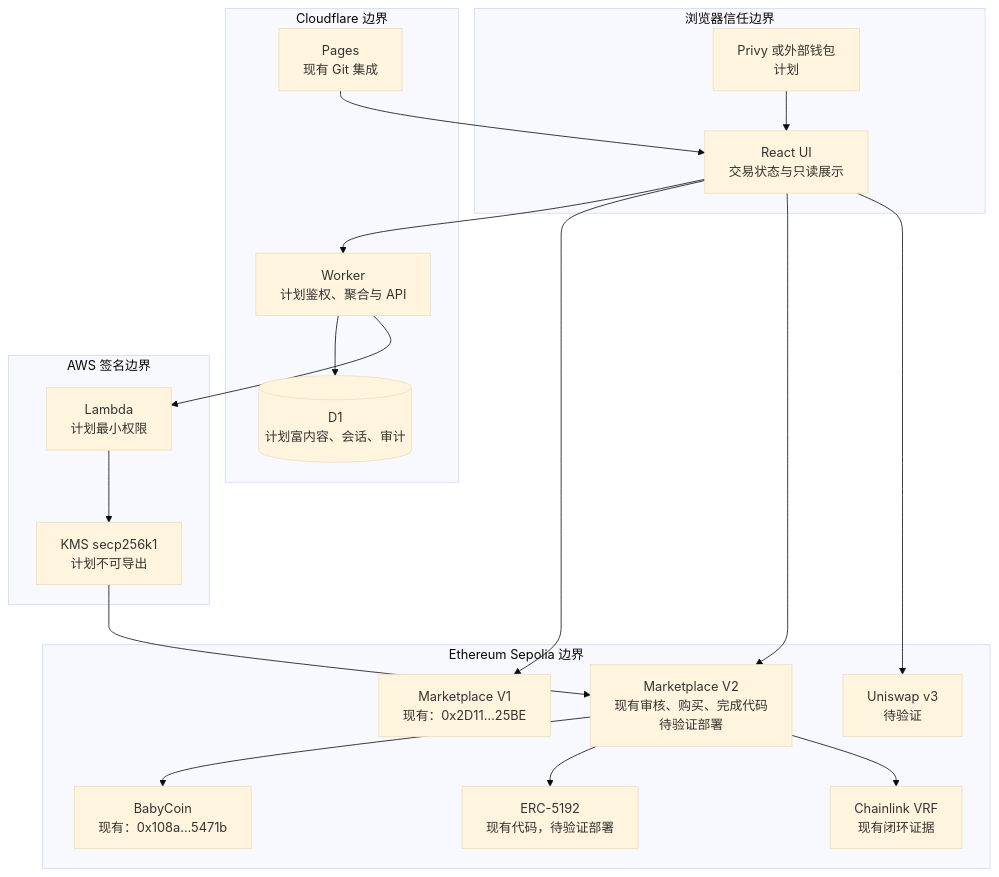
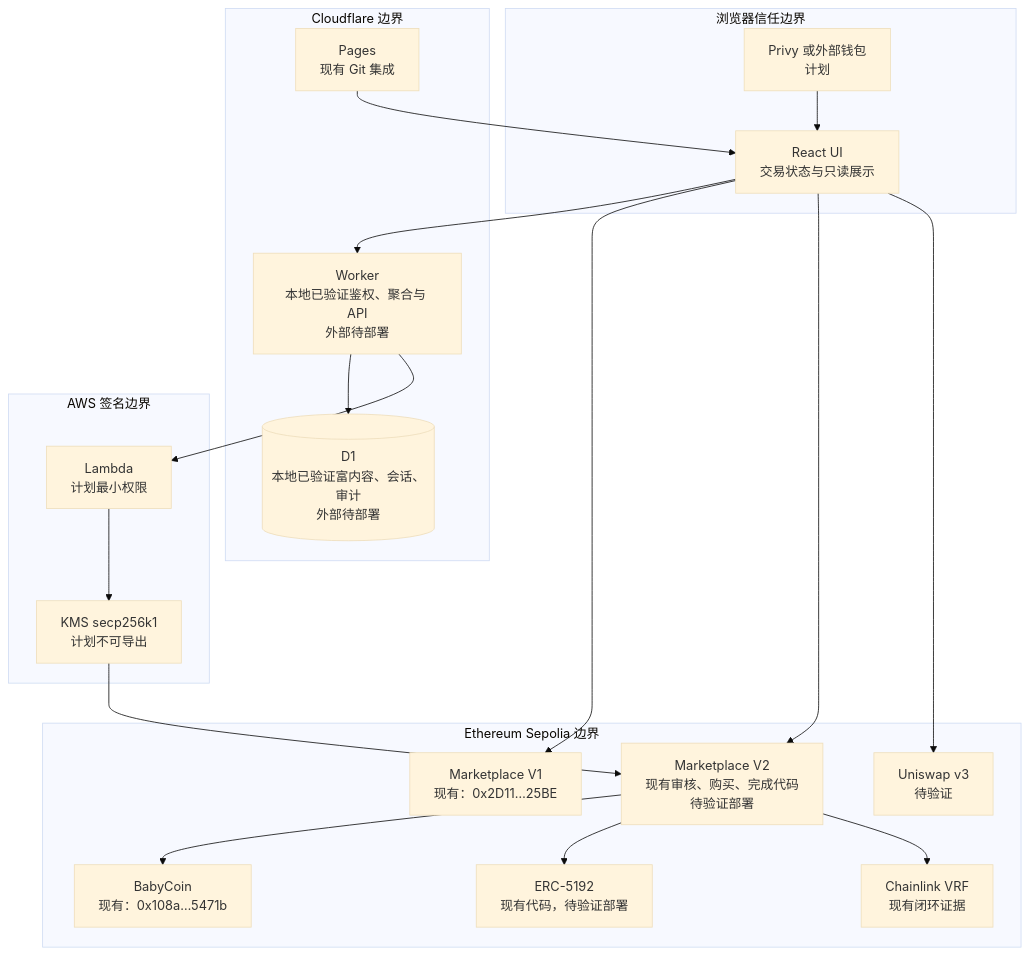
One commit to Tiancheng-Xu/babysteps changed the fourth of 8 diagrams in docs/architecture/starbuddy-web3-architecture.mmd. Above: the diagram before and after it, drawn with Mermaid (base theme). The commit also changed other lines of this file and 4 other files, not shown here.

````diff
--- a/docs/architecture/starbuddy-web3-architecture.mmd
+++ b/docs/architecture/starbuddy-web3-architecture.mmd
@@ -87,35 +87,35 @@
 ```mermaid
 flowchart TB
     subgraph browser["浏览器信任边界"]
         ui["React UI<br/>交易状态与只读展示"]
         wallet["Privy 或外部钱包<br/>计划"]
     end
     subgraph cloudflare["Cloudflare 边界"]
         pages["Pages<br/>现有 Git 集成"]
-        worker2["Worker<br/>计划鉴权、聚合与 API"]
-        d12[("D1<br/>计划富内容、会话、审计")]
+        worker2["Worker<br/>本地已验证鉴权、聚合与 API<br/>外部待部署"]
+        d12[("D1<br/>本地已验证富内容、会话、审计<br/>外部待部署")]
     end
     subgraph ethereum["Ethereum Sepolia 边界"]
         baby["BabyCoin<br/>现有：0x108a…5471b"]
         oldMarket["Marketplace V1<br/>现有：0x2D11…25BE"]
         newMarket["Marketplace V2<br/>现有审核、购买、完成代码<br/>待验证部署"]
         cert["ERC-5192<br/>现有代码，待验证部署"]
         uni["Uniswap v3<br/>待验证"]
         chainlink["Chainlink VRF<br/>现有闭环证据"]
     end
     subgraph aws["AWS 签名边界"]
         relayer["Lambda<br/>计划最小权限"]
         key["KMS secp256k1<br/>计划不可导出"]
     end
 
     pages --> ui
     wallet --> ui
     ui --> worker2 --> d12
     ui --> oldMarket
     ui --> newMarket
     ui --> uni
     newMarket --> baby
     newMarket --> cert
     newMarket --> chainlink
     worker2 --> relayer --> key --> newMarket
 ```
````
